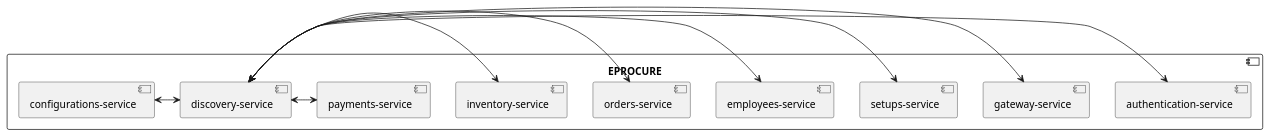
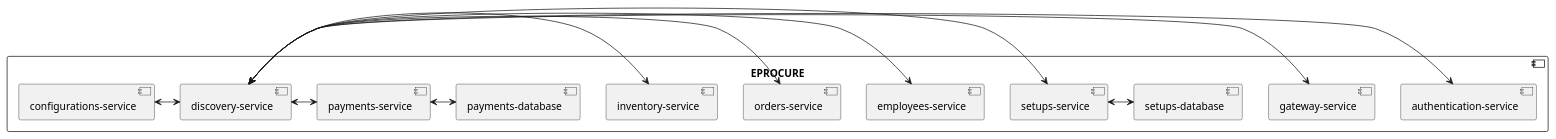
One commit to Gichure/e-procure changed the diagram in documents/component-diagram.plantuml. Above: the diagram before and after it, drawn with PlantUML.

```diff
--- a/documents/component-diagram.plantuml
+++ b/documents/component-diagram.plantuml
@@ -1,16 +1,18 @@
 @startuml
 skinparam BackgroundColor transparent
 skinparam componentStyle uml2
 component "EPROCURE" {
    [discovery-service]
    [configurations-service]<->[discovery-service]
    [discovery-service]<->[authentication-service]
    [discovery-service]<->[gateway-service]
    [discovery-service]<->[setups-service]
    [discovery-service]<->[employees-service]
    [discovery-service]<->[orders-service]
    [discovery-service]<->[inventory-service]
    [discovery-service]<->[payments-service]
+   [payments-service]<->[payments-database]
+   [setups-service]<->[setups-database]
 }
 
 @enduml
```
